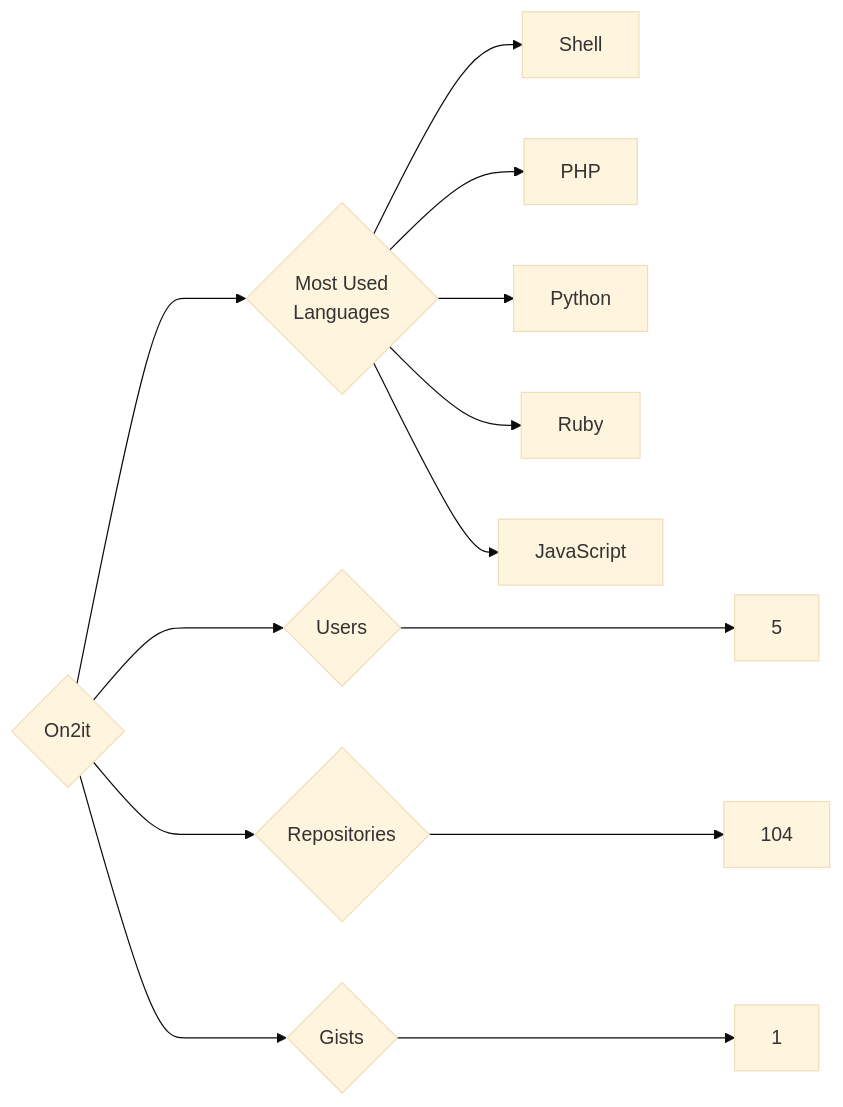
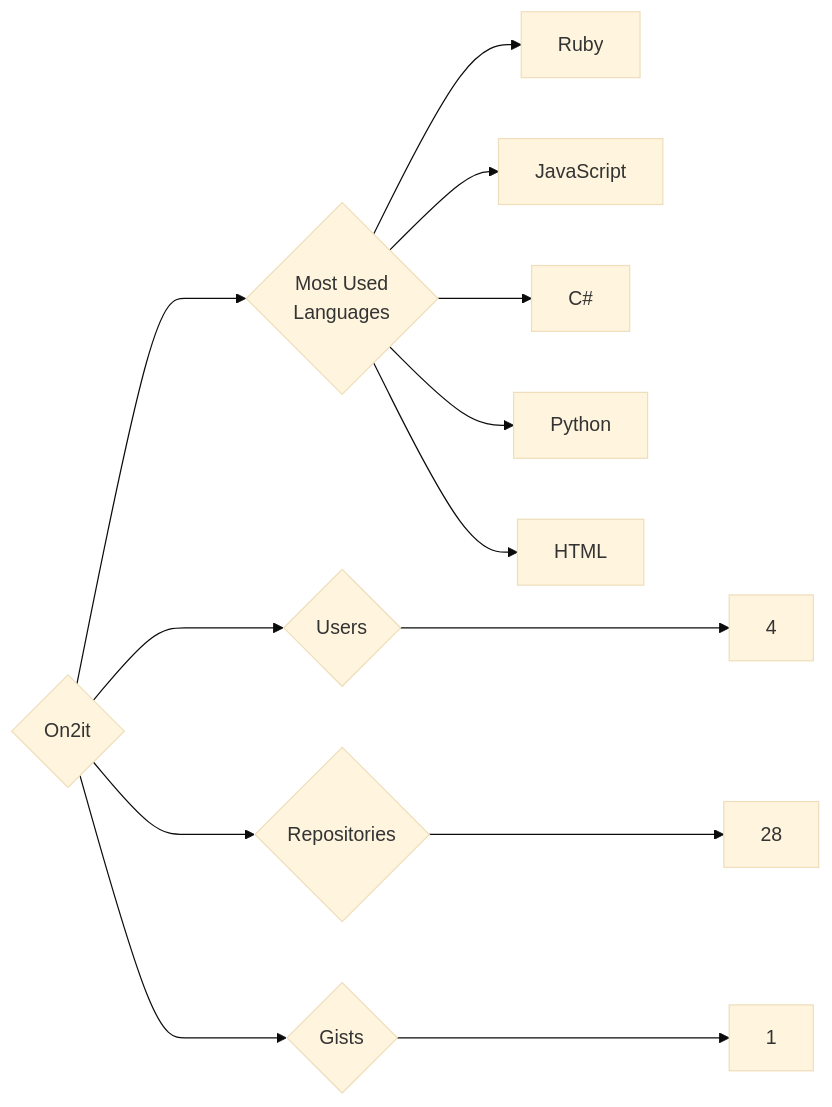
The diagram in targets/On2it/README.md (trickest/insiders), drawn with Mermaid (base theme) before and after one commit. The commit also changed 860 other files, not shown here.

````diff
--- a/targets/On2it/README.md
+++ b/targets/On2it/README.md
@@ -3,13 +3,13 @@
 ```mermaid
 graph LR
 COMPANY_NAME{On2it}
-COMPANY_NAME ---> U{Users} ---> UN[5]
-COMPANY_NAME ---> R{Repositories} ---> RN[104]
+COMPANY_NAME ---> U{Users} ---> UN[4]
+COMPANY_NAME ---> R{Repositories} ---> RN[28]
 COMPANY_NAME ---> G{Gists} ---> GN[1]
 COMPANY_NAME ---> ML{Most Used<br>Languages}
-ML --> Shell[Shell]
-ML --> PHP[PHP]
-ML --> Python[Python]
 ML --> Ruby[Ruby]
 ML --> JavaScript[JavaScript]
+ML --> C#[C#]
+ML --> Python[Python]
+ML --> HTML[HTML]
 ```
````
